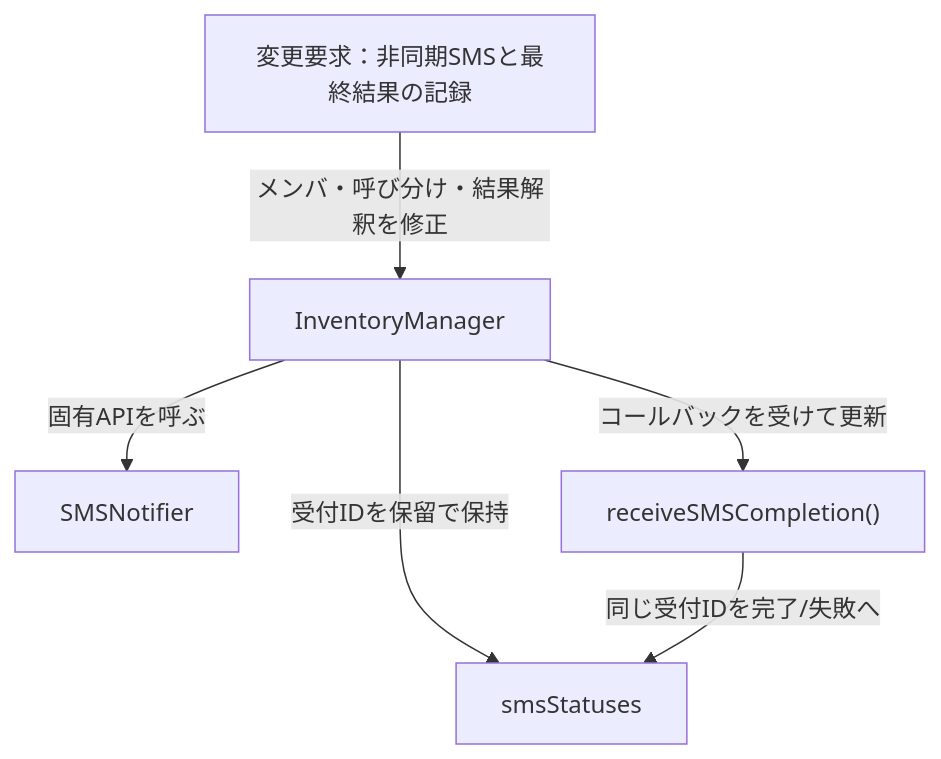
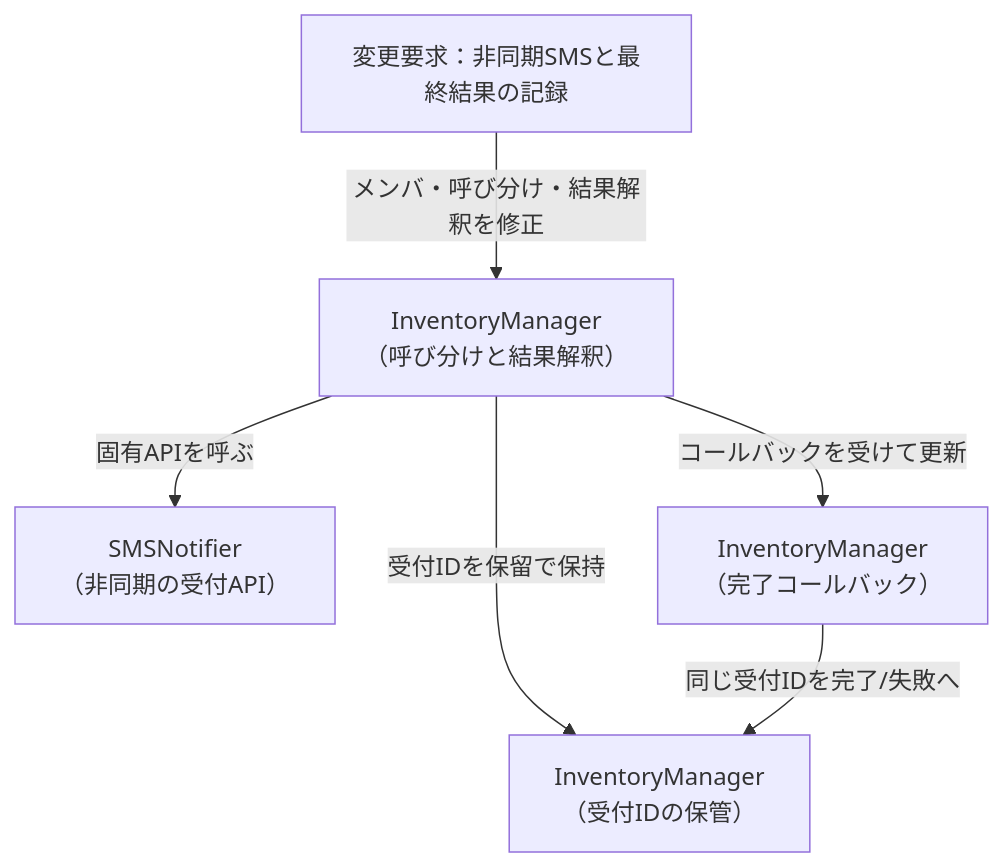
Before and after one commit to kumachan1101-pixel/DesignPattern: the sixth of 13 diagrams in kindle/design-patterns/books/volume01-core-patterns/output/chapter03.md, drawn with Mermaid. The commit also changed other lines of this file and 8 other files, not shown here.

````diff
--- a/kindle/design-patterns/books/volume01-core-patterns/output/chapter03.md
+++ b/kindle/design-patterns/books/volume01-core-patterns/output/chapter03.md
@@ -1402,10 +1399,10 @@
 ```mermaid
 graph TD
     T1["変更要求：非同期SMSと最終結果の記録"]
-        -->|"メンバ・呼び分け・結果解釈を修正"| A["InventoryManager"]
-    A -->|"固有APIを呼ぶ"| B["SMSNotifier"]
-    A -->|"受付IDを保留で保持"| C["smsStatuses"]
-    A -->|"コールバックを受けて更新"| D["receiveSMSCompletion()"]
+        -->|"メンバ・呼び分け・結果解釈を修正"| A["InventoryManager<br>（呼び分けと結果解釈）"]
+    A -->|"固有APIを呼ぶ"| B["SMSNotifier<br>（非同期の受付API）"]
+    A -->|"受付IDを保留で保持"| C["InventoryManager<br>（受付IDの保管）"]
+    A -->|"コールバックを受けて更新"| D["InventoryManager<br>（完了コールバック）"]
     D -->|"同じ受付IDを完了/失敗へ"| C
 
 ```
````
